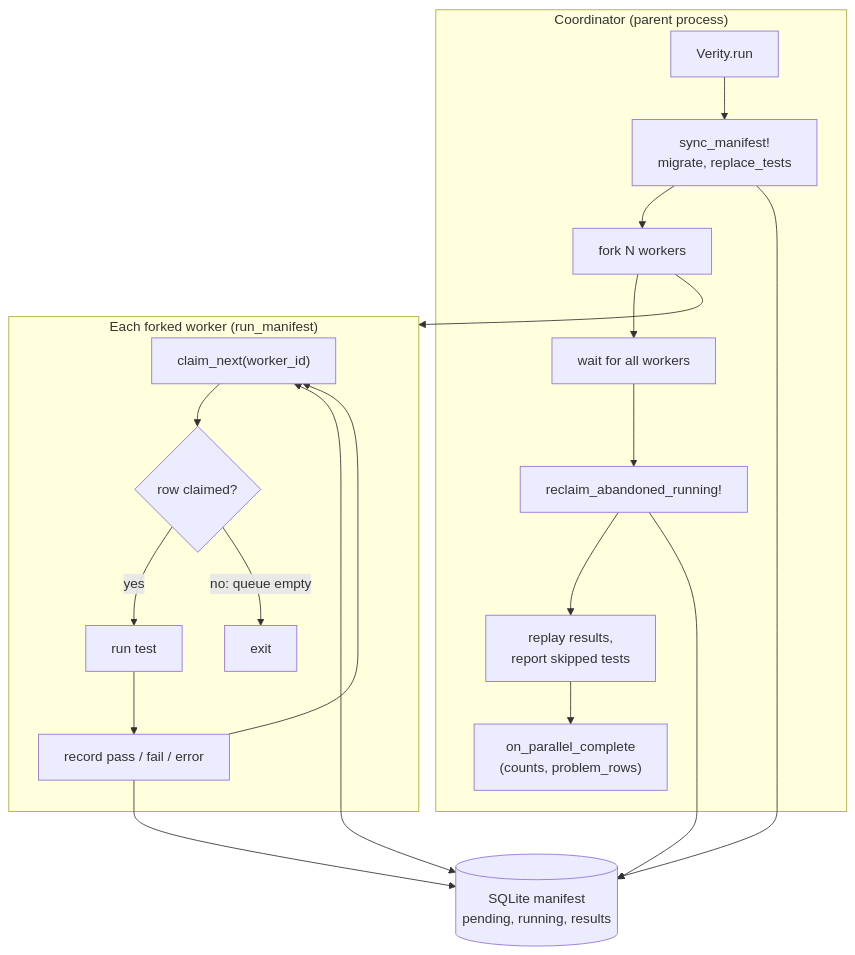
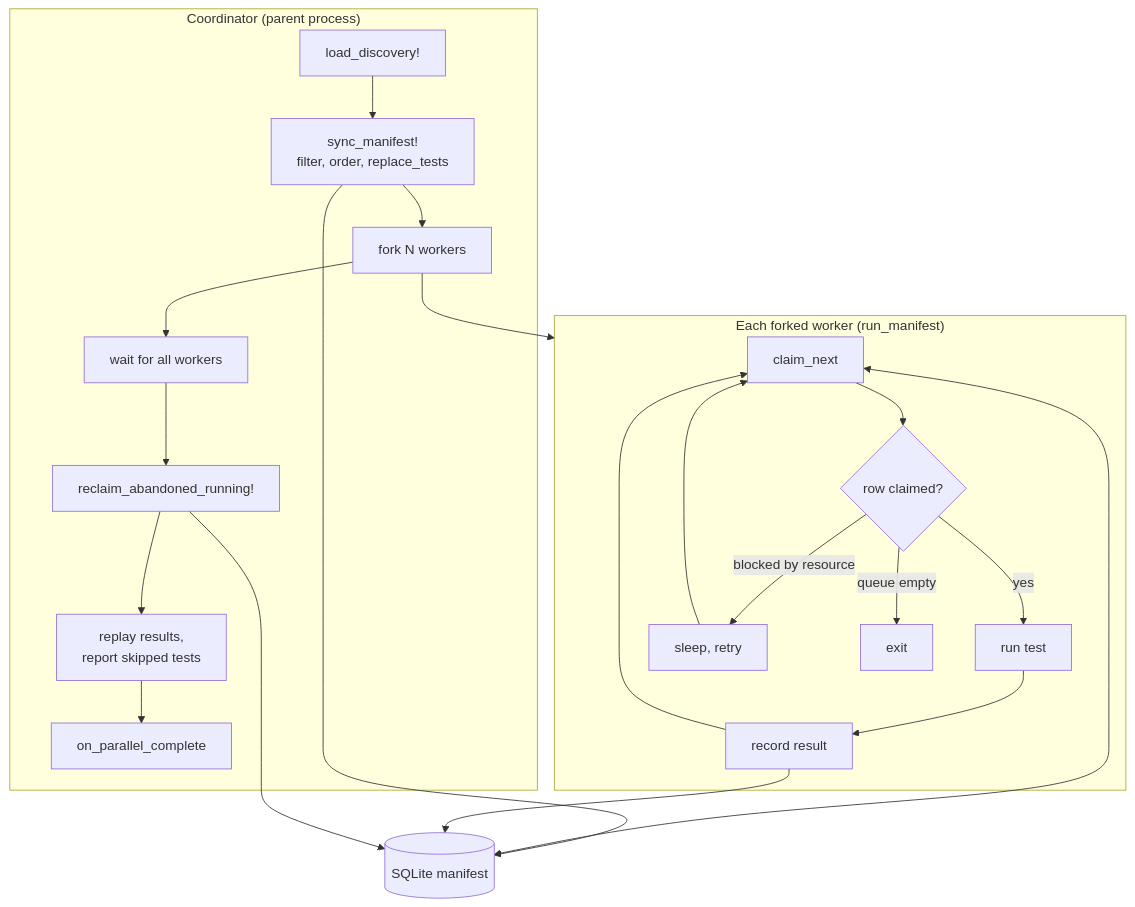
The second of 3 diagrams in README.md (phaedryx/verity), drawn with Mermaid before and after one commit. The commit also changed other lines of this file, not shown here.

````diff
--- a/README.md
+++ b/README.md
@@ -78,27 +337,28 @@
 ```mermaid
 flowchart TB
     subgraph coord["Coordinator (parent process)"]
-        A["Verity.run"] --> B["sync_manifest!<br/>migrate, replace_tests"]
+        L["load_discovery!"] --> B["sync_manifest!<br/>filter, order, replace_tests"]
         B --> C["fork N workers"]
         C --> F["wait for all workers"]
         F --> G["reclaim_abandoned_running!"]
         G --> H["replay results,<br/>report skipped tests"]
-        H --> I["on_parallel_complete<br/>(counts, problem_rows)"]
+        H --> I["on_parallel_complete"]
     end
 
-    DB[("SQLite manifest<br/>pending, running, results")]
+    DB[("SQLite manifest")]
 
     subgraph wk["Each forked worker (run_manifest)"]
-        W["claim_next(worker_id)"] --> X{"row claimed?"}
+        W["claim_next"] --> X{"row claimed?"}
         X -->|yes| R["run test"]
-        R --> Rec["record pass / fail / error"]
+        R --> Rec["record result"]
         Rec --> W
-        X -->|"no: queue empty"| Ex["exit"]
+        X -->|blocked by resource| Z["sleep, retry"] --> W
+        X -->|queue empty| Ex["exit"]
     end
 
     B --> DB
     C --> wk
     W <--> DB
     Rec --> DB
     G --> DB
 ```
````
